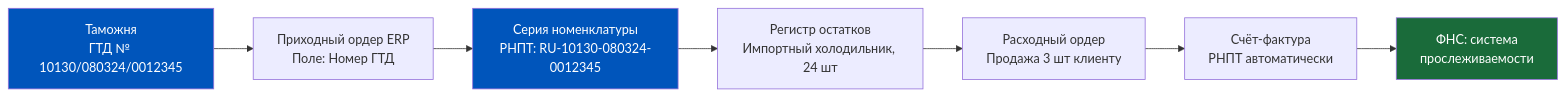
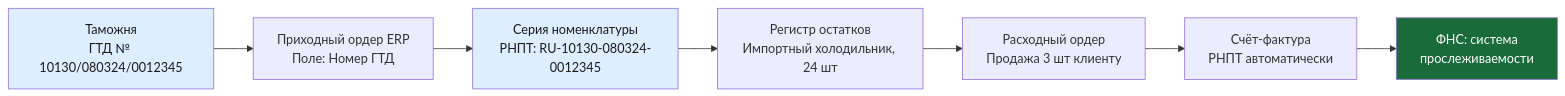
Before and after one commit to murad1986/1c-erp-quartz: the seventh of 7 diagrams in content/1c-erp/week_4/Неделя 4 - День 3 - Партионный учет и серийные номера.md, drawn with Mermaid. The commit also changed other lines of this file and 57 other files, not shown here.

First line of the commit message:
fix: Mermaid — пастельные цвета в источниках диаграмм (56 файлов)

````diff
--- a/content/1c-erp/week_4/Неделя 4 - День 3 - Партионный учет и серийные номера.md
+++ b/content/1c-erp/week_4/Неделя 4 - День 3 - Партионный учет и серийные номера.md
@@ -410,13 +410,13 @@
 ```mermaid
 graph LR
     A[Таможня<br/>ГТД № 10130/080324/0012345] --> B[Приходный ордер ERP<br/>Поле: Номер ГТД]
     B --> C[Серия номенклатуры<br/>РНПТ: RU-10130-080324-0012345]
     C --> D[Регистр остатков<br/>Импортный холодильник, 24 шт]
     D --> E[Расходный ордер<br/>Продажа 3 шт клиенту]
     E --> F[Счёт-фактура<br/>РНПТ автоматически]
     F --> G[ФНС: система<br/>прослеживаемости]
 
-    style A fill:#0055BB,color:#fff
-    style C fill:#0055BB,color:#fff
+    style A fill:#dceeff,color:#1a1a1a
+    style C fill:#dceeff,color:#1a1a1a
     style G fill:#1a6b3a,color:#fff
 ```
````
